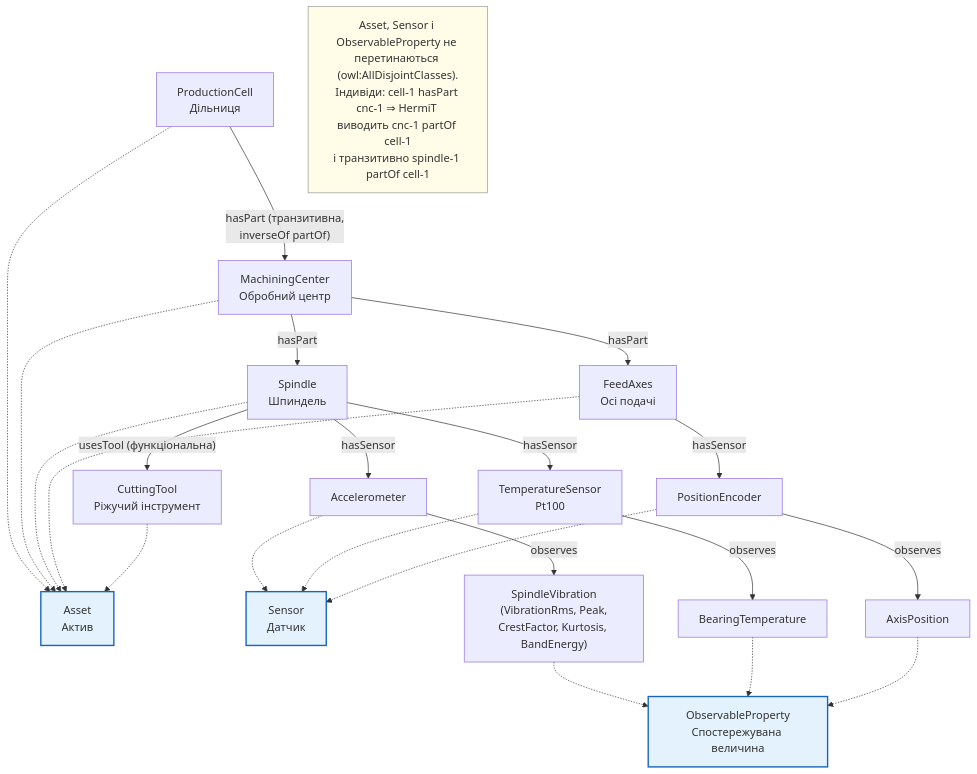
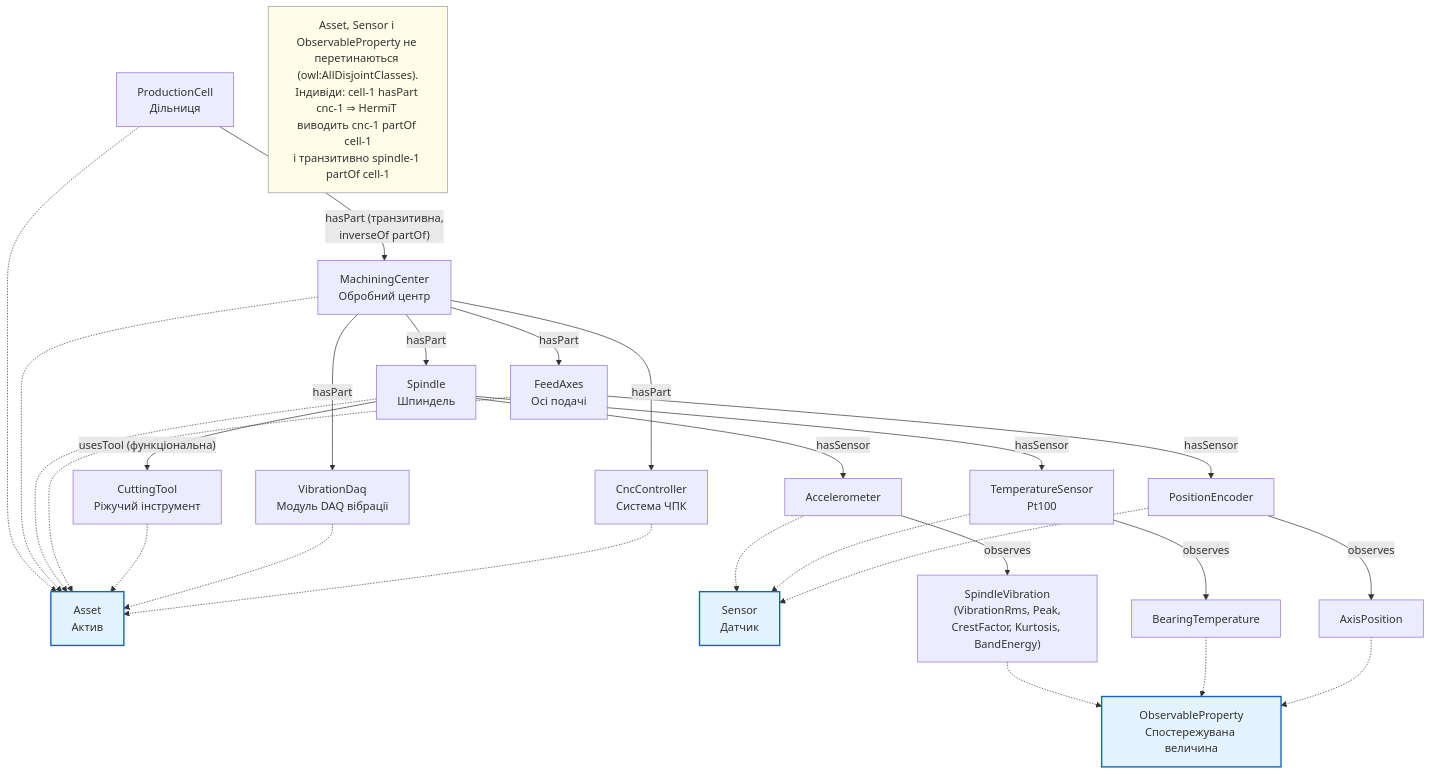
One commit to Spacecatttt/ArchitectDigitalTwin changed the diagram in docs/diagrams/ontology.mmd. Above: the diagram before and after it, drawn with Mermaid. The commit also changed 22 other files, not shown here.

```diff
--- a/docs/diagrams/ontology.mmd
+++ b/docs/diagrams/ontology.mmd
@@ -1,37 +1,41 @@
 graph TB
     %% Класи верхнього рівня (попарно неперетинні)
     Asset["Asset<br/>Актив"]
     Sensor["Sensor<br/>Датчик"]
     OP["ObservableProperty<br/>Спостережувана величина"]
 
     %% Підкласи (пунктир — rdfs:subClassOf)
     Cell["ProductionCell<br/>Дільниця"] -.-> Asset
     MC["MachiningCenter<br/>Обробний центр"] -.-> Asset
     Sp["Spindle<br/>Шпиндель"] -.-> Asset
     Ax["FeedAxes<br/>Осі подачі"] -.-> Asset
     Tool["CuttingTool<br/>Ріжучий інструмент"] -.-> Asset
+    Daq["VibrationDaq<br/>Модуль DAQ вібрації"] -.-> Asset
+    Ctrl["CncController<br/>Система ЧПК"] -.-> Asset
     Acc["Accelerometer"] -.-> Sensor
     Pt["TemperatureSensor<br/>Pt100"] -.-> Sensor
     Enc["PositionEncoder"] -.-> Sensor
     Vib["SpindleVibration<br/>(VibrationRms, Peak,<br/>CrestFactor, Kurtosis, BandEnergy)"] -.-> OP
     BT["BearingTemperature"] -.-> OP
     Pos["AxisPosition"] -.-> OP
 
     %% Зв’язки між класами (властивості-зв’язки)
     Cell -->|"hasPart (транзитивна,<br/>inverseOf partOf)"| MC
     MC -->|hasPart| Sp
     MC -->|hasPart| Ax
+    MC -->|hasPart| Daq
+    MC -->|hasPart| Ctrl
     Sp -->|"usesTool (функціональна)"| Tool
     Sp -->|hasSensor| Acc
     Sp -->|hasSensor| Pt
     Ax -->|hasSensor| Enc
     Acc -->|observes| Vib
     Pt -->|observes| BT
     Enc -->|observes| Pos
 
     Note["Asset, Sensor і ObservableProperty не перетинаються (owl:AllDisjointClasses).<br/>Індивіди: cell-1 hasPart cnc-1 ⇒ HermiT виводить cnc-1 partOf cell-1<br/>і транзитивно spindle-1 partOf cell-1"]
 
     classDef top fill:#E3F2FD,stroke:#1565C0,stroke-width:2px
     classDef note fill:#FFFDE7,stroke:#999
     class Asset,Sensor,OP top
     class Note note
```
